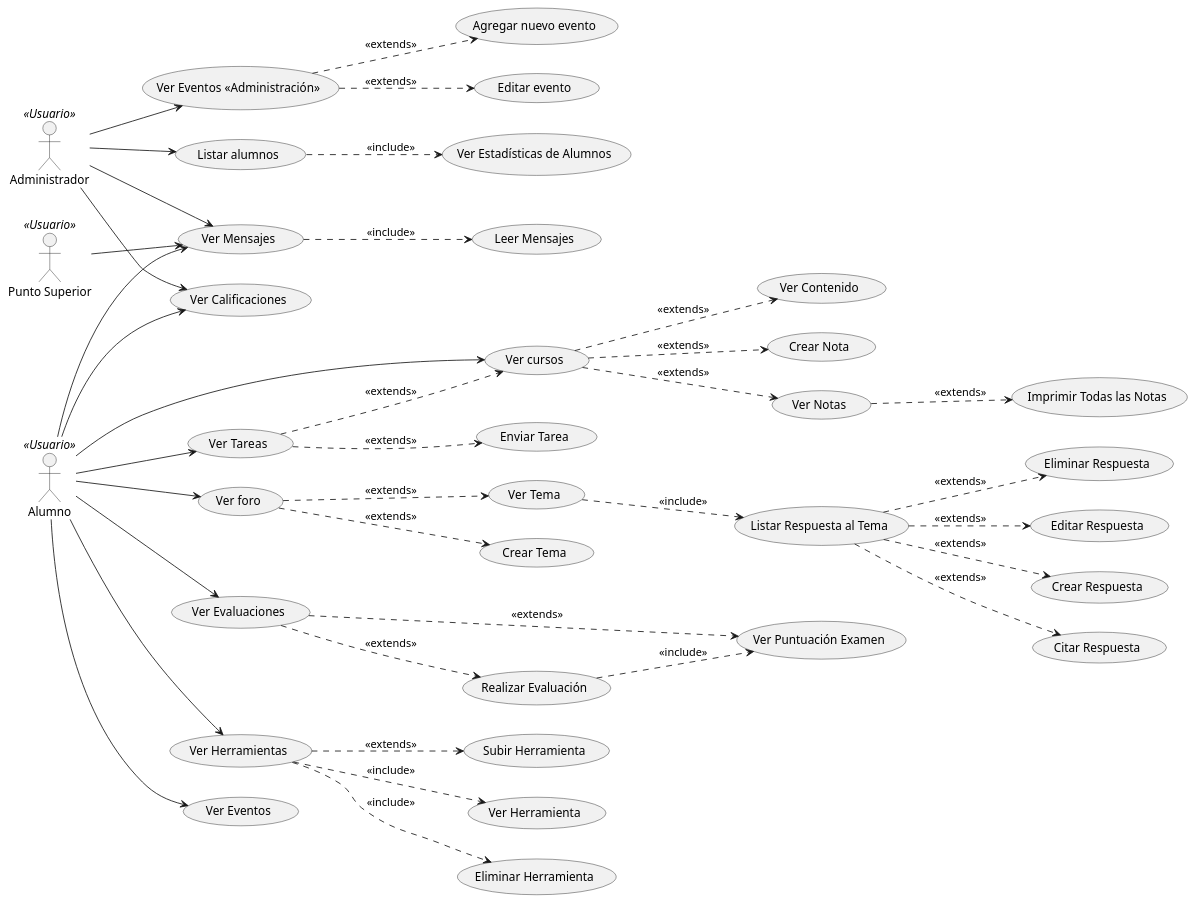
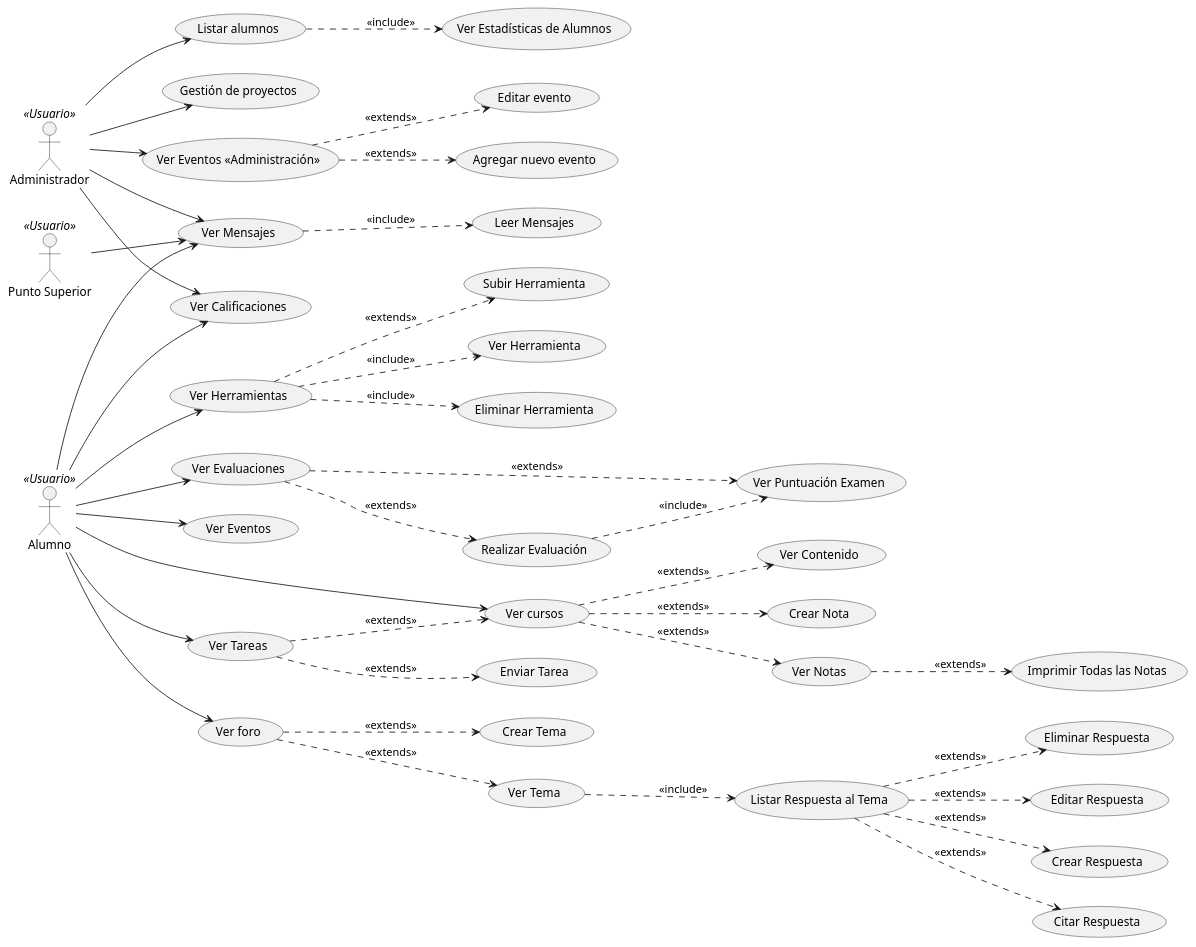
One commit to JonDotsoy/otecnya-elearning changed the diagram in docs/README.md. Above: the diagram before and after it, drawn with PlantUML. The commit also changed other lines of this file, not shown here.

````diff
--- a/docs/README.md
+++ b/docs/README.md
@@ -16,56 +18,57 @@
 ```plantuml
 @startuml
 ' Configs
 left to right direction
 
 :Administrador: <<Usuario>> as adm
 :Alumno: <<Usuario>> as alumn
 :Punto Superior: <<Usuario>> as ptsup
 
 (Listar alumnos) ..> (Ver Estadísticas de Alumnos) : <<include>>
 adm --> (Listar alumnos)
+adm --> (Gestión de proyectos)
 alumn --> (Ver cursos)
 alumn --> (Ver foro)
 alumn --> (Ver Tareas)
 alumn --> (Ver Herramientas)
 alumn --> (Ver Evaluaciones)
 alumn --> (Ver Calificaciones)
 adm --> (Ver Calificaciones)
 adm --> (Ver Mensajes)
 alumn --> (Ver Mensajes)
 ptsup --> (Ver Mensajes)
 alumn --> (Ver Eventos)
 adm --> (Ver Eventos <<Administración>>)
 
 (Ver Eventos <<Administración>>) ..> (Agregar nuevo evento) : <<extends>>
 (Ver Eventos <<Administración>>) ..> (Editar evento) : <<extends>>
 
 (Ver Mensajes) ..> (Leer Mensajes) : <<include>>
 
 (Ver cursos) ..> (Crear Nota) : <<extends>>
 (Ver cursos) ..> (Ver Notas) : <<extends>>
 (Ver Notas) ..> (Imprimir Todas las Notas) : <<extends>>
 (Ver cursos) ..> (Ver Contenido) : <<extends>>
 
 (Ver foro) ..> (Crear Tema) : <<extends>>
 (Ver foro) ..> (Ver Tema) : <<extends>>
 (Ver Tema) ..> (Listar Respuesta al Tema) : <<include>>
 
 (Listar Respuesta al Tema) ..> (Citar Respuesta) : <<extends>>
 (Listar Respuesta al Tema) ..> (Eliminar Respuesta) : <<extends>>
 (Listar Respuesta al Tema) ..> (Editar Respuesta) : <<extends>>
 (Listar Respuesta al Tema) ..> (Crear Respuesta) : <<extends>>
 
 (Ver Tareas) ..> (Enviar Tarea) : <<extends>>
 (Ver Tareas) ..> (Ver cursos) : <<extends>>
 
 (Ver Herramientas) ..> (Ver Herramienta) : <<include>>
 (Ver Herramientas) ..> (Eliminar Herramienta) : <<include>>
 (Ver Herramientas) ..> (Subir Herramienta) : <<extends>>
 
 (Ver Evaluaciones) ..> (Realizar Evaluación) : <<extends>>
 
 (Realizar Evaluación) ..> (Ver Puntuación Examen) : <<include>>
 (Ver Evaluaciones) ..> (Ver Puntuación Examen) : <<extends>>
 @enduml
 ```
````
